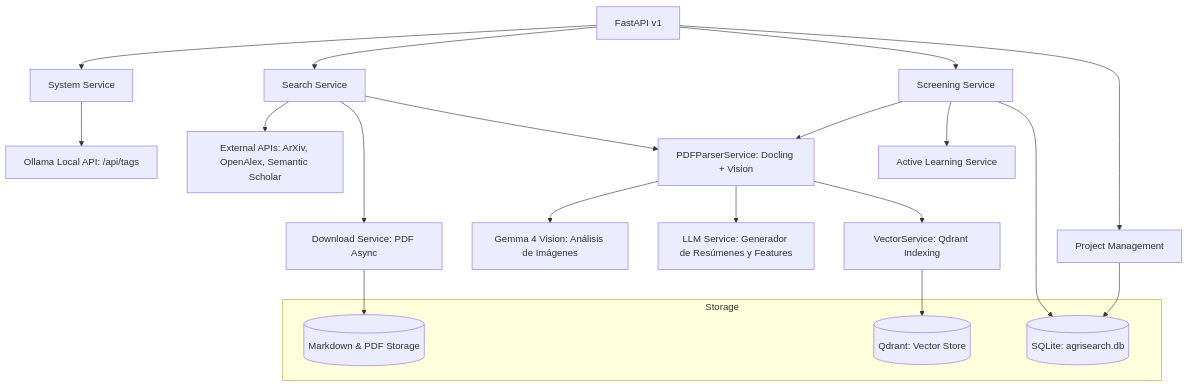
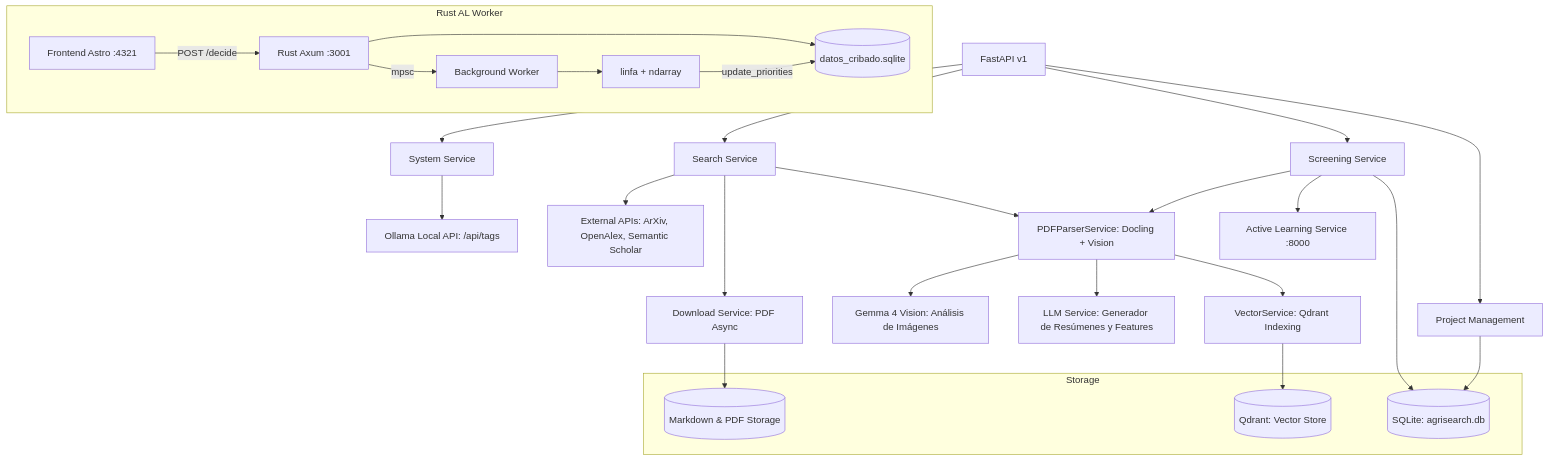
Before and after one commit to AlexPrietoRomani/AgriSearch: the diagram in backend/README.md, drawn with Mermaid. The commit also changed other lines of this file and 3 other files, not shown here.

First line of the commit message:
docs: update all documentation for Rust Active Learning worker (TASK 3.0.8)

````diff
--- a/backend/README.md
+++ b/backend/README.md
@@ -9,32 +9,40 @@
 ```mermaid
 graph TD
     API[FastAPI v1] --> System[System Service]
     API --> Search[Search Service]
     API --> Screening[Screening Service]
     API --> Project[Project Management]
     
     System --> OllamaAPI[Ollama Local API: /api/tags]
     Project --> SQL[(SQLite: agrisearch.db)]
     
     Search --> DB_Ext[External APIs: ArXiv, OpenAlex, Semantic Scholar]
     Search --> Download[Download Service: PDF Async]
     
     Screening --> PDF_Parser[PDFParserService: Docling + Vision]
     Search --> PDF_Parser
     
     PDF_Parser --> VLM[Gemma 4 Vision: Análisis de Imágenes]
     PDF_Parser --> LLM[LLM Service: Generador de Resúmenes y Features]
     PDF_Parser --> Vector[VectorService: Qdrant Indexing]
     
-    Screening --> AL[Active Learning Service]
+    Screening --> AL[Active Learning Service :8000]
     
     subgraph Storage
         SQL
         VecDB[(Qdrant: Vector Store)]
         Files[(Markdown & PDF Storage)]
     end
     
     Screening --> SQL
     Vector --> VecDB
     Download --> Files
+
+    subgraph Rust AL Worker
+        FE[Frontend Astro :4321] -->|POST /decide| RW[Rust Axum :3001]
+        RW -->|mpsc| BGW[Background Worker]
+        BGW --> ML[linfa + ndarray]
+        RW --> ALDB[(datos_cribado.sqlite)]
+        ML -->|update_priorities| ALDB
+    end
 ```
````
